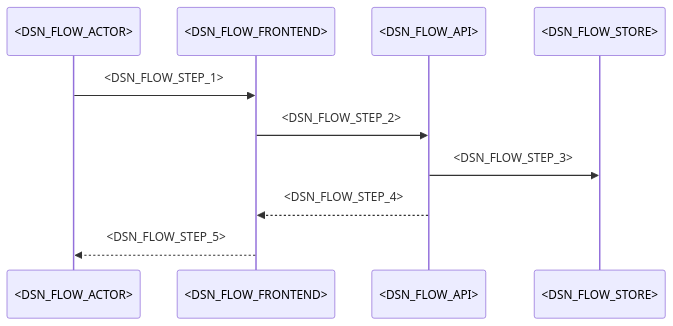
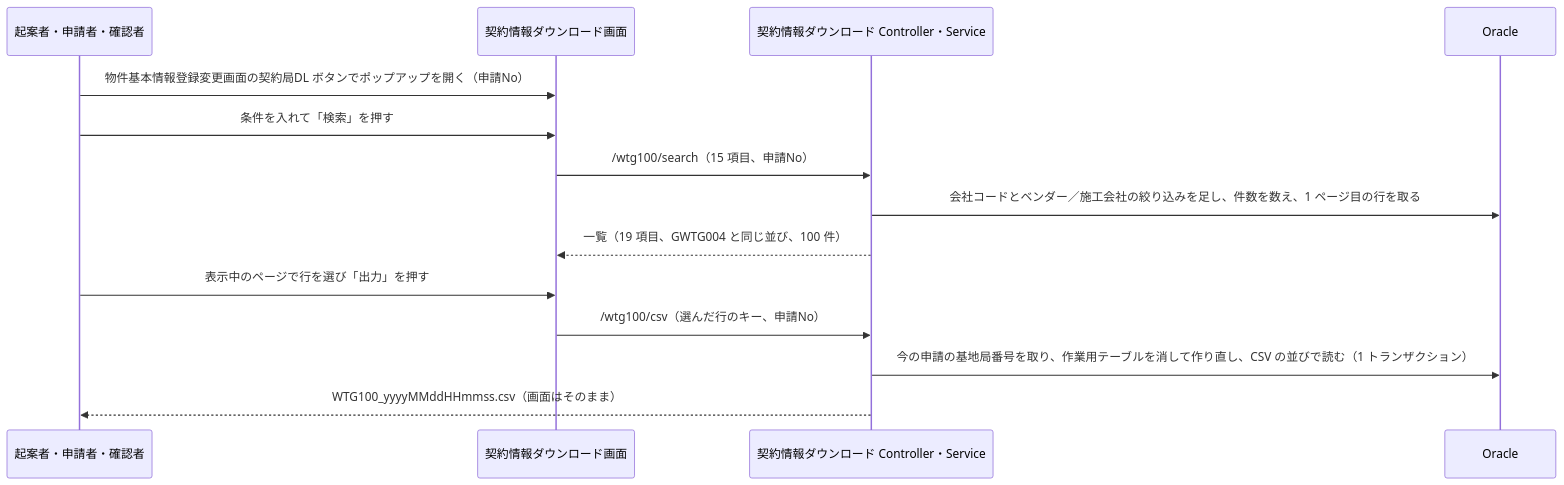
One commit to masato-teramoto/Wing changed the second of 3 diagrams in specs/contract-info-download/design.md. Above: the diagram before and after it, drawn with Mermaid. The commit also changed other lines of this file and 52 other files, not shown here.

````diff
--- a/specs/contract-info-download/design.md
+++ b/specs/contract-info-download/design.md
@@ -287,12 +432,16 @@
 ```mermaid
 sequenceDiagram
-    participant U as <DSN_FLOW_ACTOR>
-    participant W as <DSN_FLOW_FRONTEND>
-    participant A as <DSN_FLOW_API>
-    participant D as <DSN_FLOW_STORE>
-    U->>W: <DSN_FLOW_STEP_1>
-    W->>A: <DSN_FLOW_STEP_2>
-    A->>D: <DSN_FLOW_STEP_3>
-    A-->>W: <DSN_FLOW_STEP_4>
-    W-->>U: <DSN_FLOW_STEP_5>
+    participant U as 起案者・申請者・確認者
+    participant W as 契約情報ダウンロード画面
+    participant A as 契約情報ダウンロード Controller・Service
+    participant D as Oracle
+    U->>W: 物件基本情報登録変更画面の契約局DL ボタンでポップアップを開く（申請No）
+    U->>W: 条件を入れて「検索」を押す
+    W->>A: /wtg100/search（15 項目、申請No）
+    A->>D: 会社コードとベンダー／施工会社の絞り込みを足し、件数を数え、1 ページ目の行を取る
+    A-->>W: 一覧（19 項目、GWTG004 と同じ並び、100 件）
+    U->>W: 表示中のページで行を選び「出力」を押す
+    W->>A: /wtg100/csv（選んだ行のキー、申請No）
+    A->>D: 今の申請の基地局番号を取り、作業用テーブルを消して作り直し、CSV の並びで読む（1 トランザクション）
+    A-->>U: WTG100_yyyyMMddHHmmss.csv（画面はそのまま）
 ```
````
